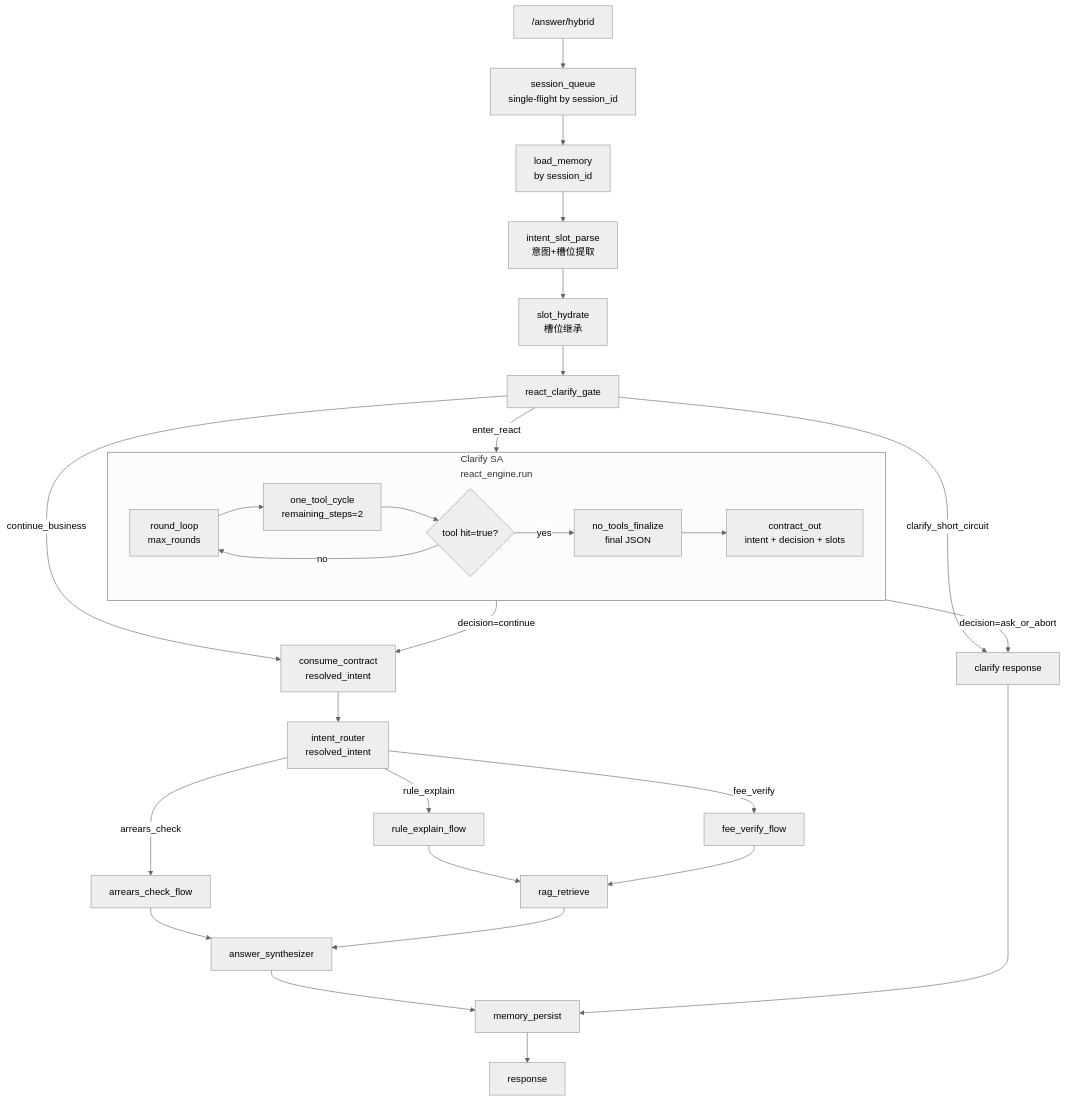
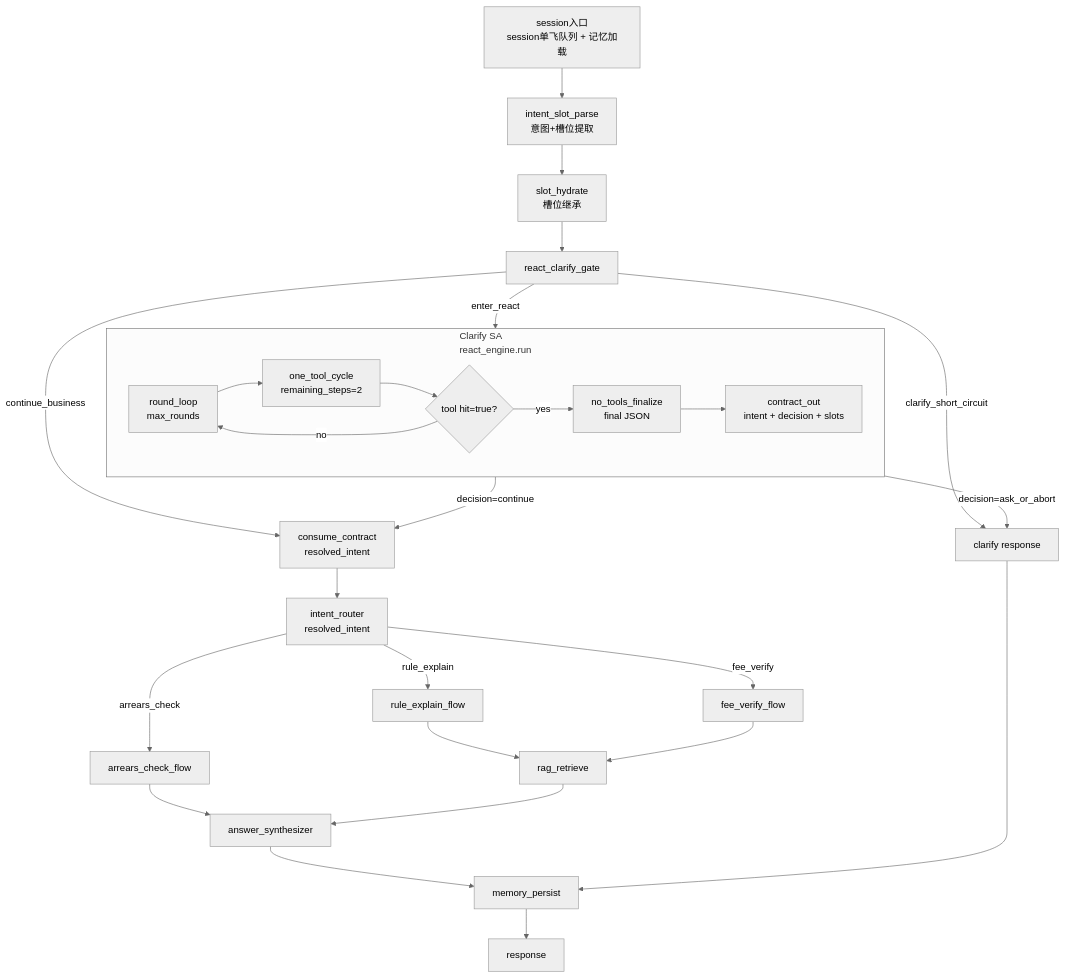
The diagram in README.md (newgpp/agent-parksuit), drawn with Mermaid (neutral theme) before and after one commit.

Commit message:
docs: update pipeline diagram with session single-flight label

````diff
--- a/README.md
+++ b/README.md
@@ -15,37 +15,35 @@
 ```mermaid
 flowchart TD
-    A["/answer/hybrid"] --> Q["session_queue<br/>single-flight by session_id"]
-    Q --> M["load_memory<br/>by session_id"]
-    M --> P1["intent_slot_parse<br/>意图+槽位提取"]
+    Q["session入口<br/>session单飞队列 + 记忆加载"] --> P1["intent_slot_parse<br/>意图+槽位提取"]
     P1 --> P2["slot_hydrate<br/>槽位继承"]
     P2 --> GATE["react_clarify_gate"]
 
     subgraph SA["Clarify SA<br/>react_engine.run"]
       R1["round_loop<br/>max_rounds"]
       R11["one_tool_cycle<br/>remaining_steps=2"]
       R12{"tool hit=true?"}
       R13["no_tools_finalize<br/>final JSON"]
       R2["contract_out<br/>intent + decision + slots"]
       R1 --> R11 --> R12
       R12 -->|yes| R13 --> R2
       R12 -->|no| R1
     end
 
     GATE -->|clarify_short_circuit| X["clarify response"]
     GATE -->|enter_react| SA
     SA -->|decision=ask_or_abort| X
     SA -->|decision=continue| COUT["consume_contract<br/>resolved_intent"]
     GATE -->|continue_business| COUT
     COUT --> B["intent_router<br/>resolved_intent"]
     B -->|rule_explain| C["rule_explain_flow"]
     B -->|arrears_check| D["arrears_check_flow"]
     B -->|fee_verify| E["fee_verify_flow"]
 
     C --> F["rag_retrieve"]
     E --> F
     D --> SYN["answer_synthesizer"]
     F --> SYN
     SYN --> MP["memory_persist"]
     X --> MP
     MP --> H["response"]
 ```
````
